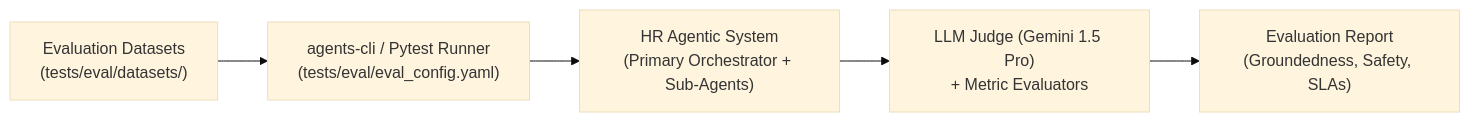
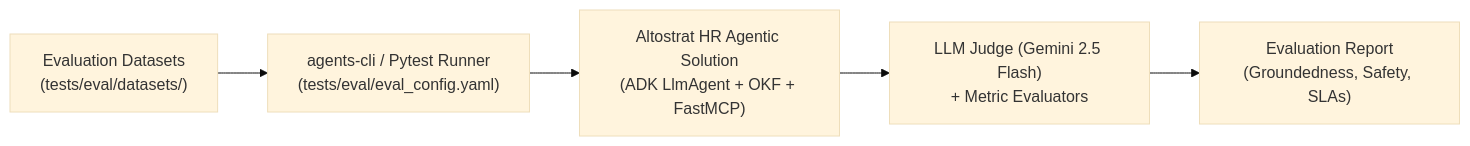
Before and after one commit to hhosur81-gcloud/so-elevated: the diagram in tests/eval/evaluation_report.md, drawn with Mermaid (base theme). The commit also changed other lines of this file and 236 other files, not shown here.

````diff
--- a/tests/eval/evaluation_report.md
+++ b/tests/eval/evaluation_report.md
@@ -11,7 +11,7 @@
 ```mermaid
 flowchart LR
     Dataset["Evaluation Datasets<br>(tests/eval/datasets/)"] --> Runner["agents-cli / Pytest Runner<br>(tests/eval/eval_config.yaml)"]
-    Runner --> System["HR Agentic System<br>(Primary Orchestrator + Sub-Agents)"]
-    System --> Judge["LLM Judge (Gemini 1.5 Pro)<br>+ Metric Evaluators"]
+    Runner --> System["Altostrat HR Agentic Solution<br>(ADK LlmAgent + OKF + FastMCP)"]
+    System --> Judge["LLM Judge (Gemini 2.5 Flash)<br>+ Metric Evaluators"]
     Judge --> Report["Evaluation Report<br>(Groundedness, Safety, SLAs)"]
 ```
````
